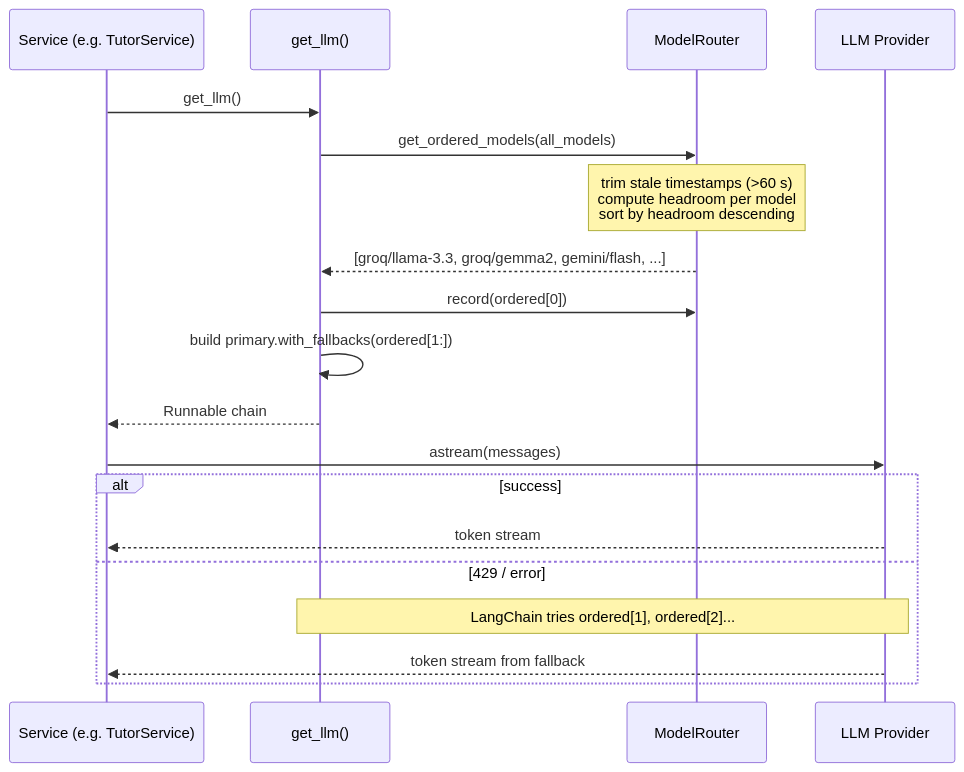
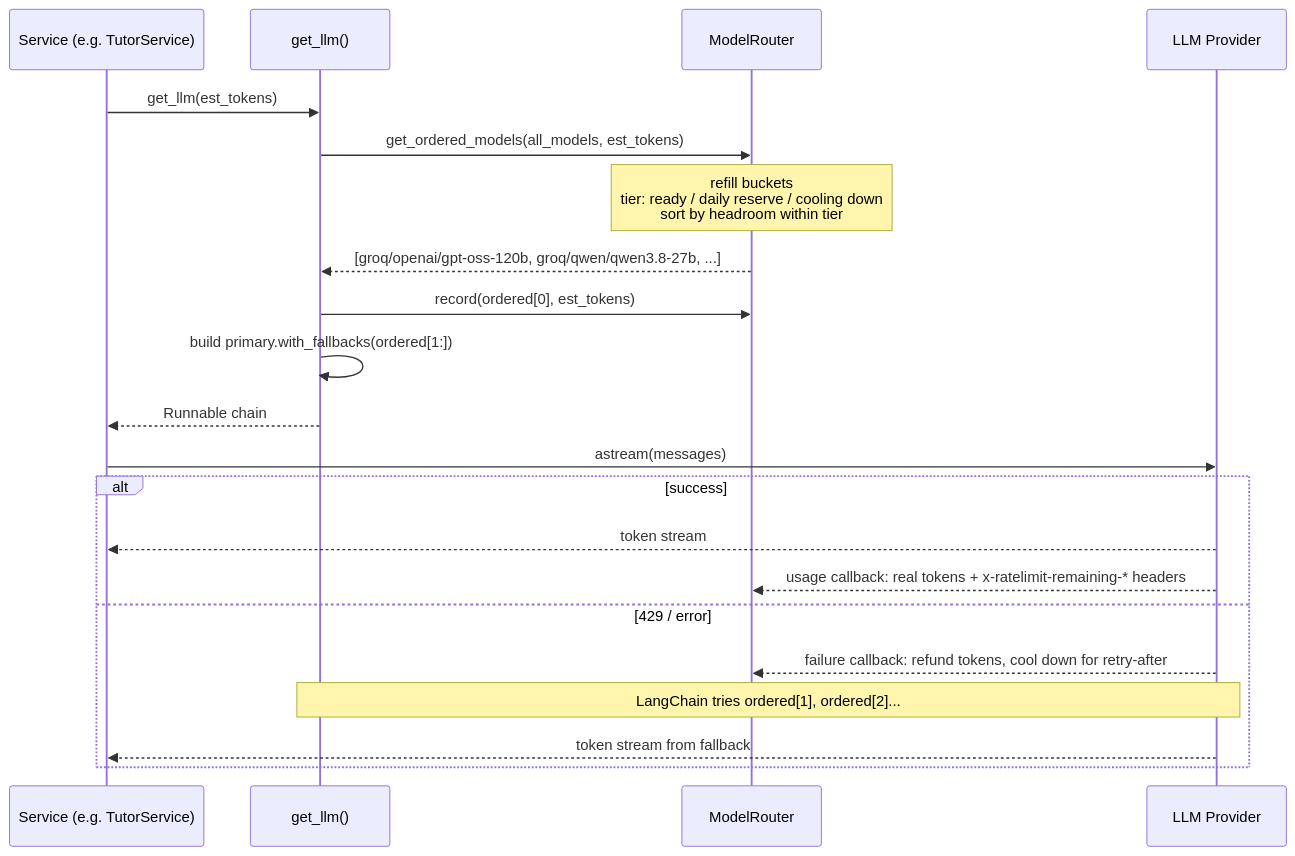
Before and after one commit to qphase-ai/Q-Learn: the third of 4 diagrams in Architecture.md, drawn with Mermaid. The commit also changed other lines of this file and 1 other file, not shown here.

First line of the commit message:
docs(llm): document Groq rate limits and measured router capacity

````diff
--- a/Architecture.md
+++ b/Architecture.md
@@ -166,23 +166,25 @@
 ```mermaid
 sequenceDiagram
     participant S as Service (e.g. TutorService)
     participant G as get_llm()
     participant R as ModelRouter
     participant P as LLM Provider
 
-    S->>G: get_llm()
-    G->>R: get_ordered_models(all_models)
-    Note over R: trim stale timestamps (>60 s)<br/>compute headroom per model<br/>sort by headroom descending
-    R-->>G: [groq/llama-3.3, groq/gemma2, gemini/flash, ...]
-    G->>R: record(ordered[0])
+    S->>G: get_llm(est_tokens)
+    G->>R: get_ordered_models(all_models, est_tokens)
+    Note over R: refill buckets<br/>tier: ready / daily reserve / cooling down<br/>sort by headroom within tier
+    R-->>G: [groq/openai/gpt-oss-120b, groq/qwen/qwen3.8-27b, ...]
+    G->>R: record(ordered[0], est_tokens)
     G->>G: build primary.with_fallbacks(ordered[1:])
     G-->>S: Runnable chain
 
     S->>P: astream(messages)
     alt success
         P-->>S: token stream
+        P-->>R: usage callback: real tokens + x-ratelimit-remaining-* headers
     else 429 / error
+        P-->>R: failure callback: refund tokens, cool down for retry-after
         Note over G,P: LangChain tries ordered[1], ordered[2]...
         P-->>S: token stream from fallback
     end
 ```
````
